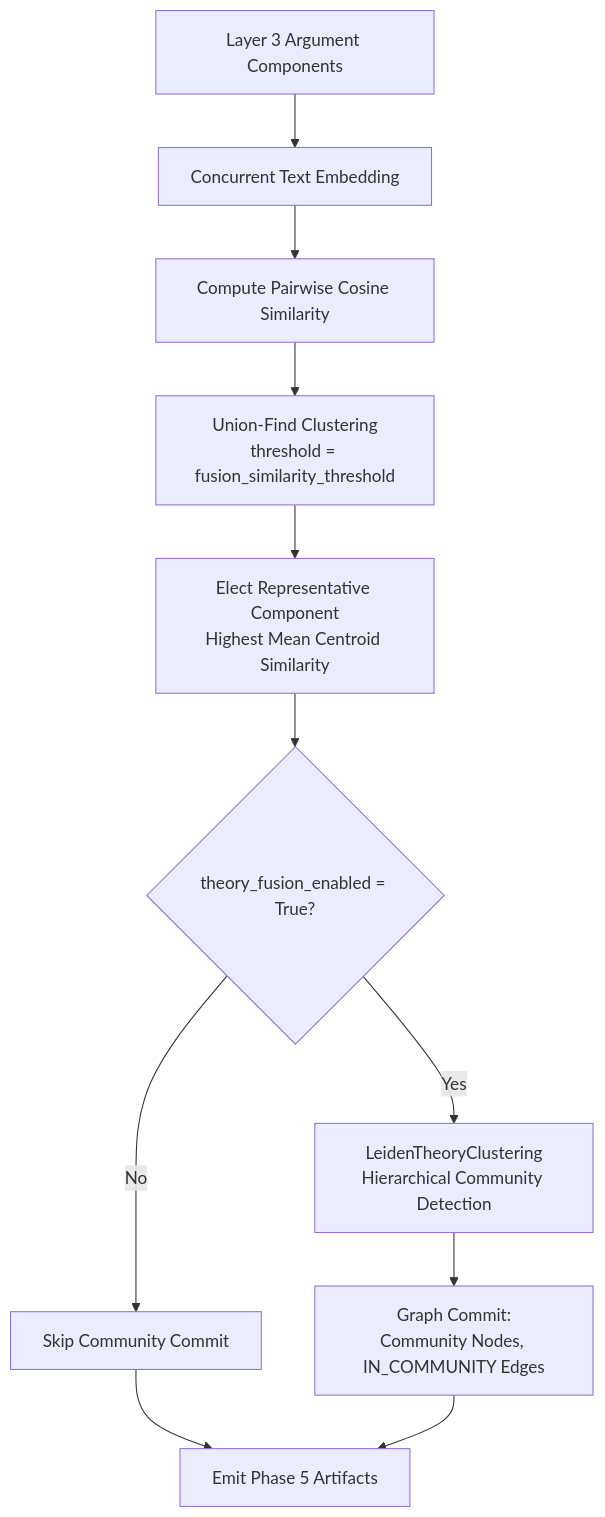
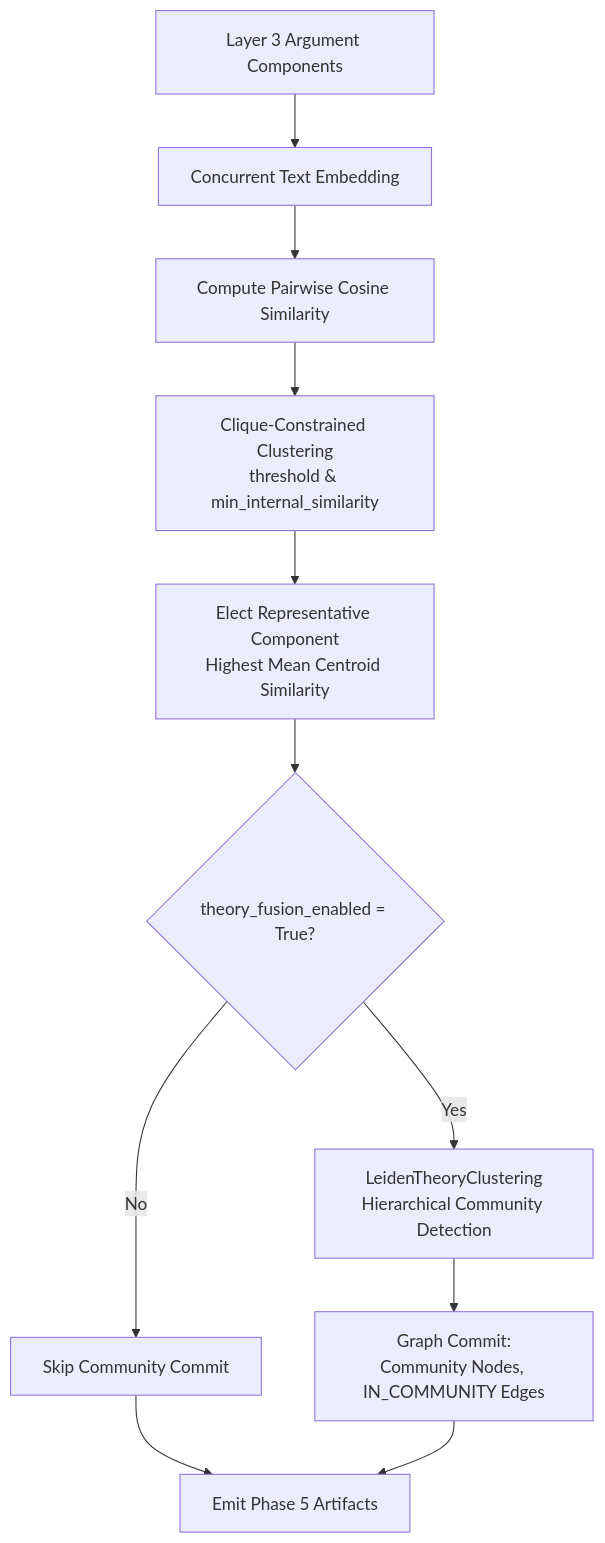
Before and after one commit to maxoem/EpistemeX: the diagram in docs/workflow/5_inter_document_argument_web/index.md, drawn with Mermaid. The commit also changed other lines of this file and 20 other files, not shown here.

````diff
--- a/docs/workflow/5_inter_document_argument_web/index.md
+++ b/docs/workflow/5_inter_document_argument_web/index.md
@@ -68,13 +69,13 @@
 ```mermaid
 flowchart TD
     A[Layer 3 Argument Components] --> B[Concurrent Text Embedding]
     B --> C[Compute Pairwise Cosine Similarity]
-    C --> D[Union-Find Clustering<br>threshold = fusion_similarity_threshold]
+    C --> D[Clique-Constrained Clustering<br>threshold & min_internal_similarity]
     D --> E[Elect Representative Component<br>Highest Mean Centroid Similarity]
     E --> F{theory_fusion_enabled = True?}
     F -->|Yes| G[LeidenTheoryClustering<br>Hierarchical Community Detection]
     F -->|No| H[Skip Community Commit]
     G --> I[Graph Commit:<br>Community Nodes, IN_COMMUNITY Edges]
     H --> J[Emit Phase 5 Artifacts]
     I --> J
 ```
````
